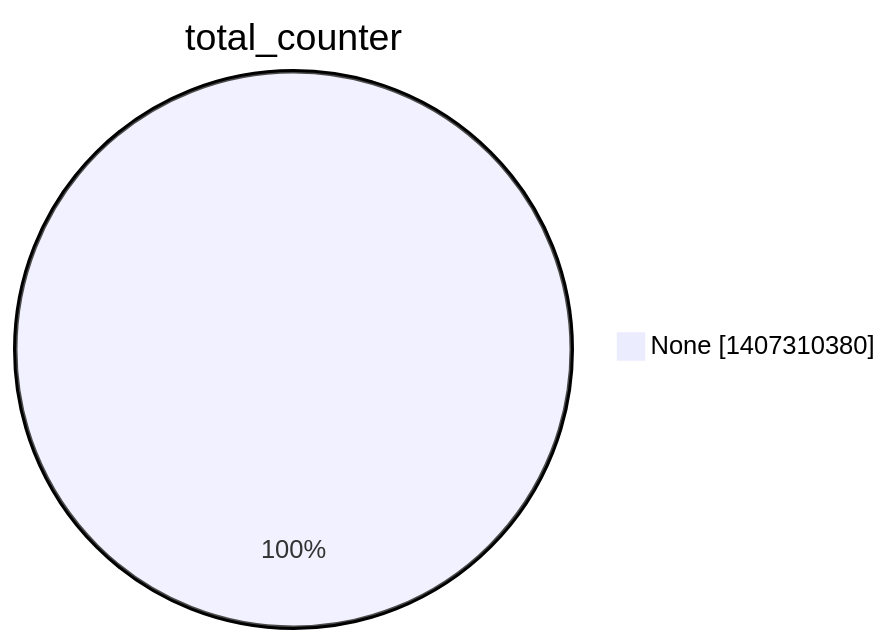
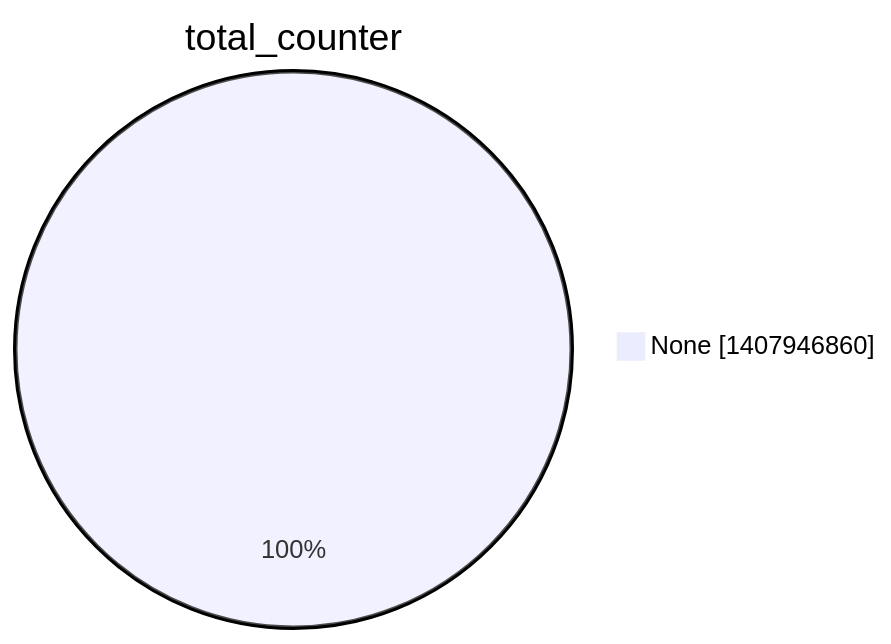
Before and after one commit to christiankrug/ctmonitor_visualization: the second of 15 diagrams in argon2022/README.md, drawn with Mermaid. The commit also changed other lines of this file, not shown here.

````diff
--- a/argon2022/README.md
+++ b/argon2022/README.md
@@ -9,5 +9,5 @@
 ```mermaid
 pie showData
 title total_counter
-"None" :1407310380
+"None" :1407946860
 ```
````
